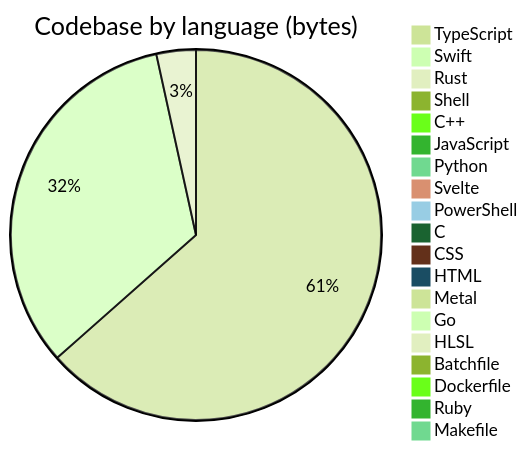
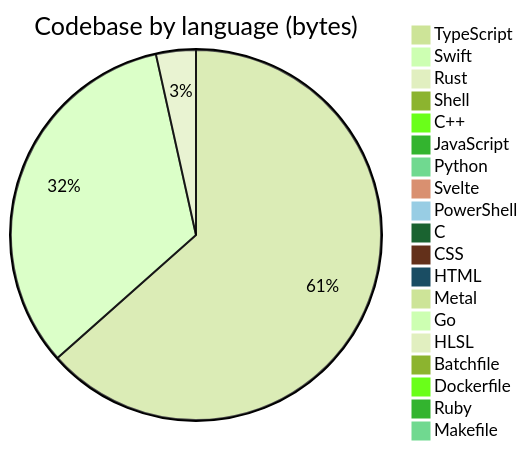
Before and after one commit to Open330/.github: the diagram in profile/README.md, drawn with Mermaid (forest theme). The commit also changed other lines of this file, not shown here.

````diff
--- a/profile/README.md
+++ b/profile/README.md
@@ -131,22 +131,22 @@
 ```mermaid
 pie title Codebase by language (bytes)
     "TypeScript" : 34372299
-    "Swift" : 17918054
-    "Rust" : 1863586
-    "Shell" : 475519
+    "Swift" : 17922868
+    "Rust" : 1882554
+    "Shell" : 479227
     "C++" : 388775
     "JavaScript" : 317974
-    "Python" : 297585
+    "Python" : 300772
     "Svelte" : 143451
     "PowerShell" : 128198
     "C" : 114143
     "CSS" : 107047
     "HTML" : 44303
     "Metal" : 33033
     "Go" : 22811
     "HLSL" : 7527
     "Batchfile" : 5870
     "Dockerfile" : 4893
     "Ruby" : 1554
     "Makefile" : 1150
 ```
````
